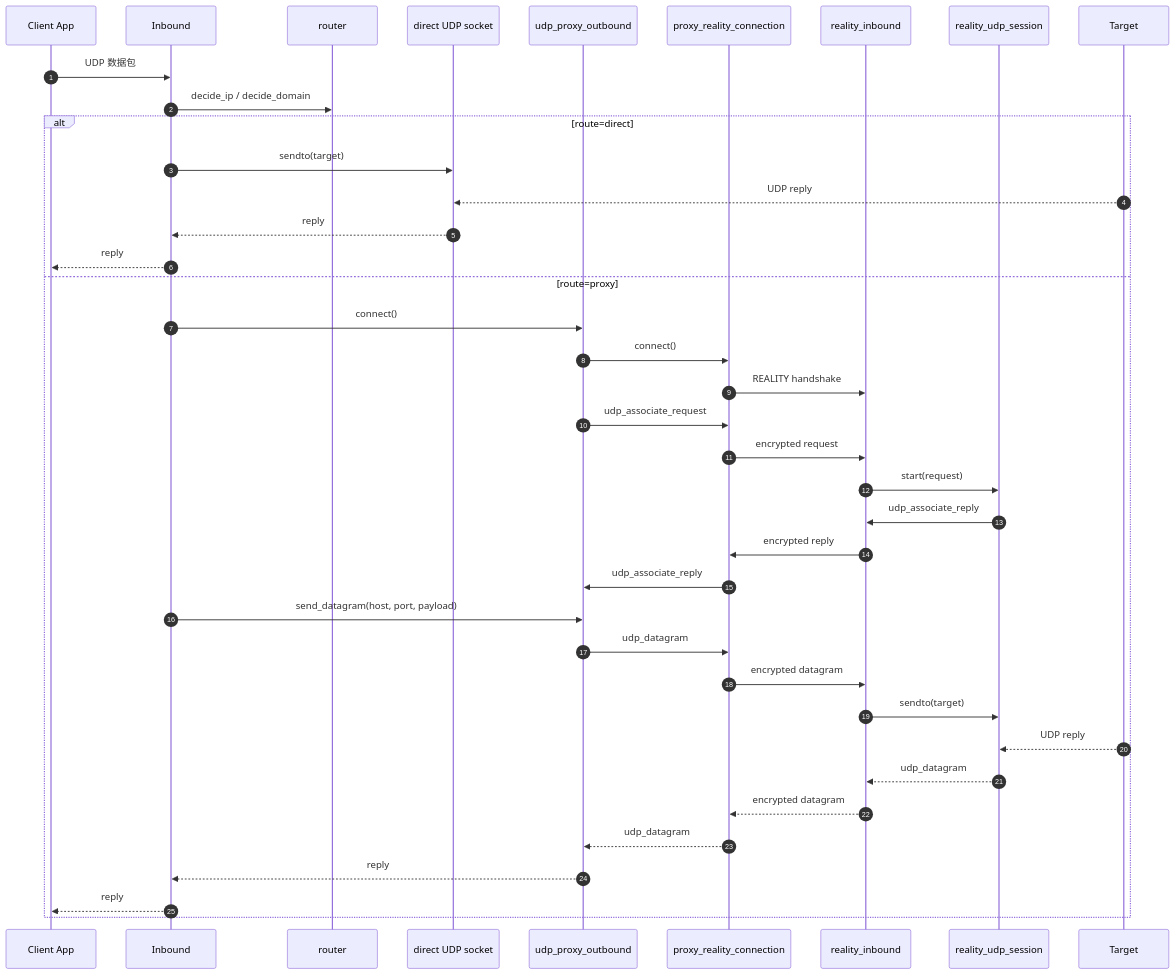
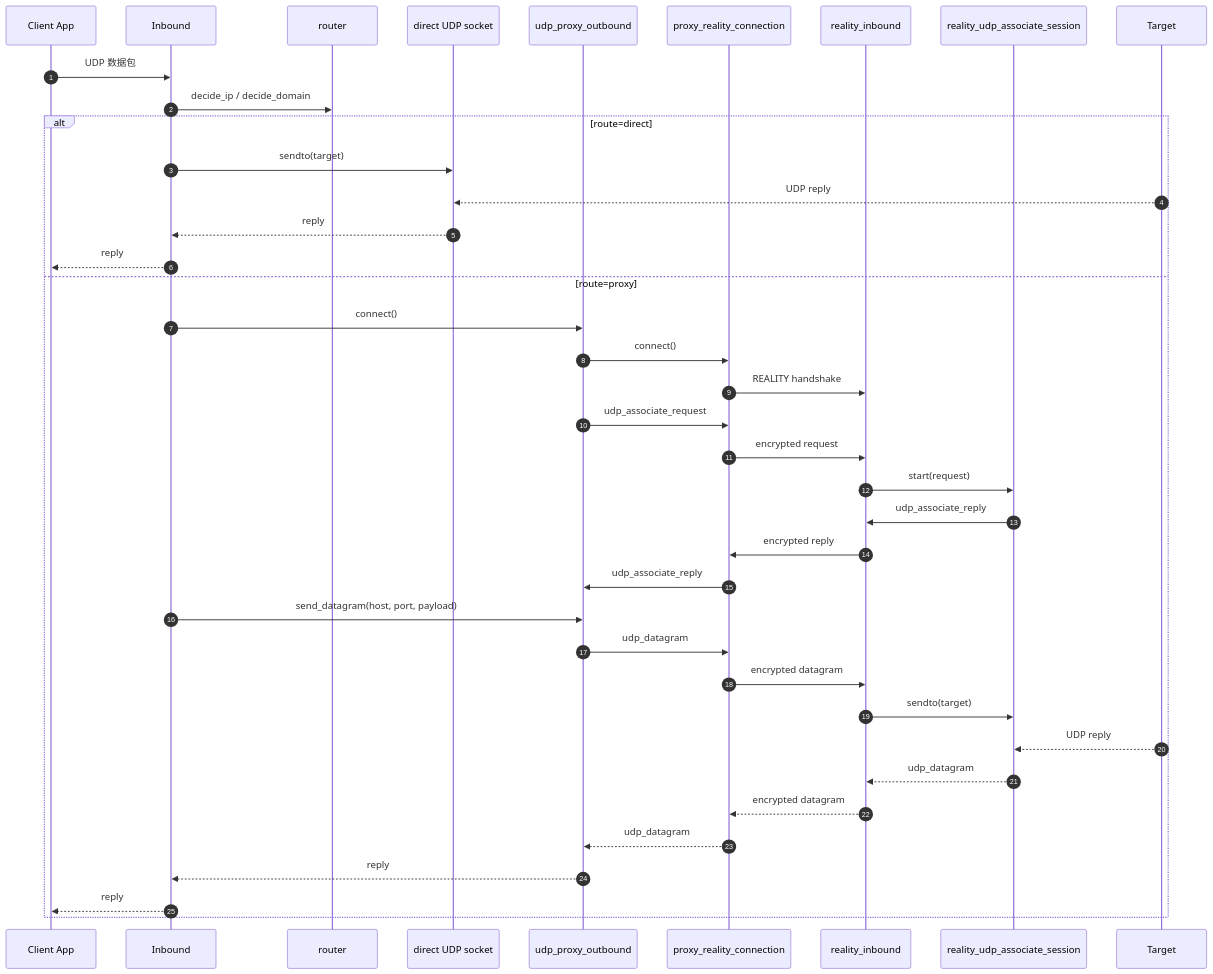
The third of 5 diagrams in doc/flow.md (gyl30/socks), drawn with Mermaid before and after one commit. The commit also changed other lines of this file and 9 other files, not shown here.

````diff
--- a/doc/flow.md
+++ b/doc/flow.md
@@ -125,44 +125,44 @@
 ```mermaid
 sequenceDiagram
   autonumber
   participant App as Client App
   participant Inb as Inbound
   participant Router as router
   participant Direct as direct UDP socket
   participant ProxyUdp as udp_proxy_outbound
   participant Conn as proxy_reality_connection
   participant Server as reality_inbound
-  participant RUdp as reality_udp_session
+  participant RUdp as reality_udp_associate_session
   participant Target as Target
 
   App->>Inb: UDP 数据包
   Inb->>Router: decide_ip / decide_domain
 
   alt route=direct
     Inb->>Direct: sendto(target)
     Target-->>Direct: UDP reply
     Direct-->>Inb: reply
     Inb-->>App: reply
   else route=proxy
     Inb->>ProxyUdp: connect()
     ProxyUdp->>Conn: connect()
     Conn->>Server: REALITY handshake
     ProxyUdp->>Conn: udp_associate_request
     Conn->>Server: encrypted request
     Server->>RUdp: start(request)
     RUdp->>Server: udp_associate_reply
     Server->>Conn: encrypted reply
     Conn->>ProxyUdp: udp_associate_reply
 
     Inb->>ProxyUdp: send_datagram(host, port, payload)
     ProxyUdp->>Conn: udp_datagram
     Conn->>Server: encrypted datagram
     Server->>RUdp: sendto(target)
     Target-->>RUdp: UDP reply
     RUdp-->>Server: udp_datagram
     Server-->>Conn: encrypted datagram
     Conn-->>ProxyUdp: udp_datagram
     ProxyUdp-->>Inb: reply
     Inb-->>App: reply
   end
 ```
````
